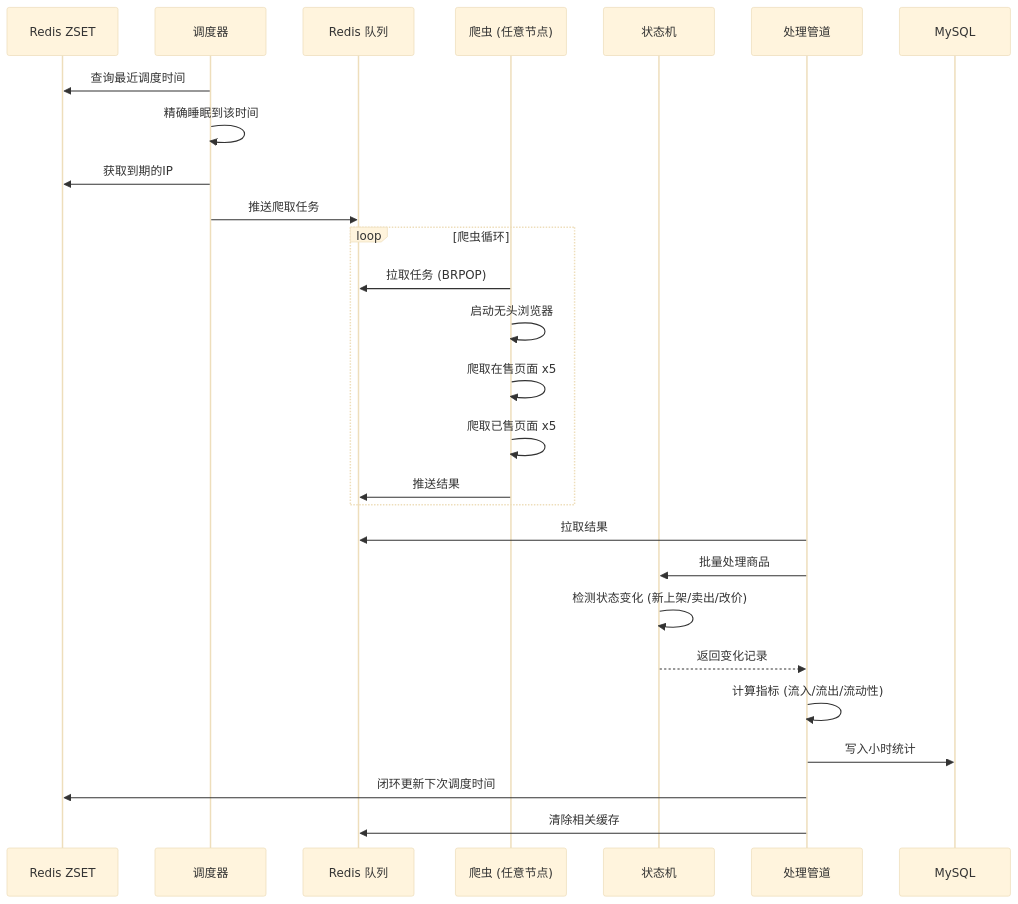
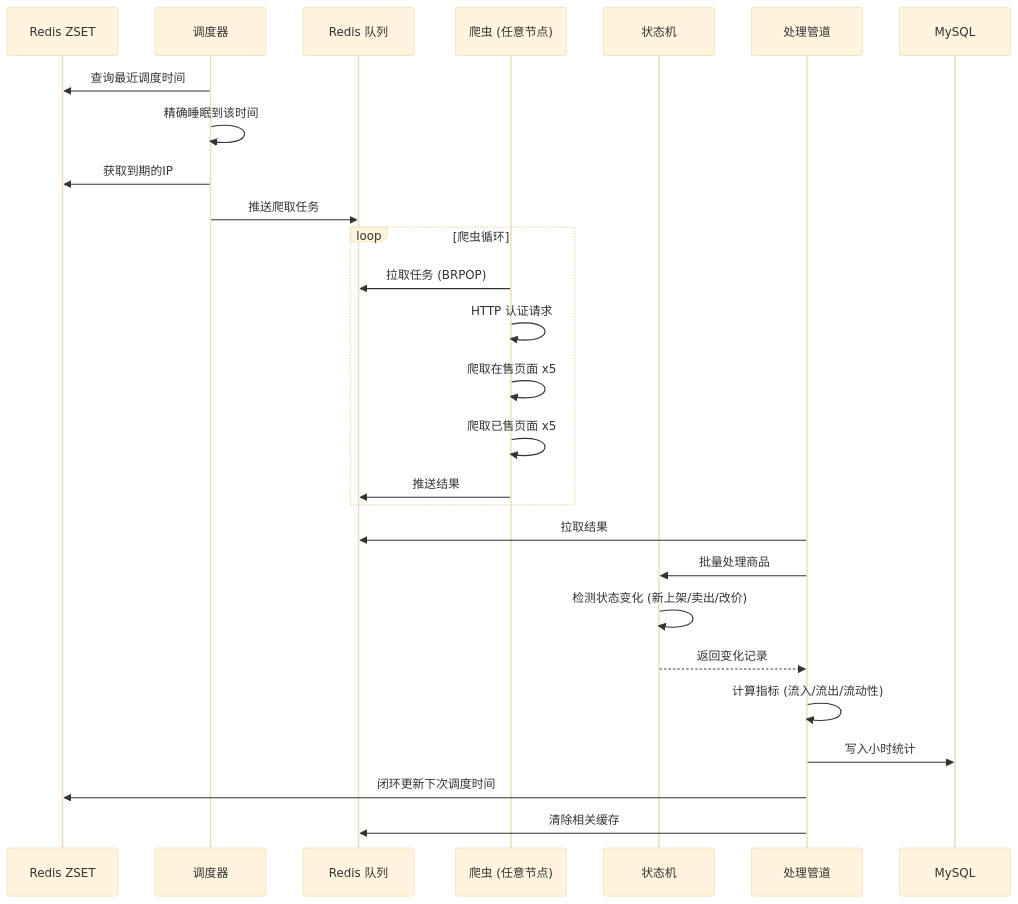
One commit to KahanaT800/animehot changed the second of 2 diagrams in README.md. Above: the diagram before and after it, drawn with Mermaid (base theme). The commit also changed other lines of this file and 19 other files, not shown here.

````diff
--- a/README.md
+++ b/README.md
@@ -101,32 +102,32 @@
 ```mermaid
 sequenceDiagram
     participant ZSET as Redis ZSET
     participant SCH as 调度器
     participant RQ as Redis 队列
     participant CRW as 爬虫 (任意节点)
     participant SM as 状态机
     participant PIP as 处理管道
     participant DB as MySQL
 
     SCH->>ZSET: 查询最近调度时间
     SCH->>SCH: 精确睡眠到该时间
     SCH->>ZSET: 获取到期的IP
     SCH->>RQ: 推送爬取任务
 
     loop 爬虫循环
         CRW->>RQ: 拉取任务 (BRPOP)
-        CRW->>CRW: 启动无头浏览器
+        CRW->>CRW: HTTP 认证请求
         CRW->>CRW: 爬取在售页面 x5
         CRW->>CRW: 爬取已售页面 x5
         CRW->>RQ: 推送结果
     end
 
     PIP->>RQ: 拉取结果
     PIP->>SM: 批量处理商品
     SM->>SM: 检测状态变化 (新上架/卖出/改价)
     SM-->>PIP: 返回变化记录
     PIP->>PIP: 计算指标 (流入/流出/流动性)
     PIP->>DB: 写入小时统计
     PIP->>ZSET: 闭环更新下次调度时间
     PIP->>RQ: 清除相关缓存
 ```
````
